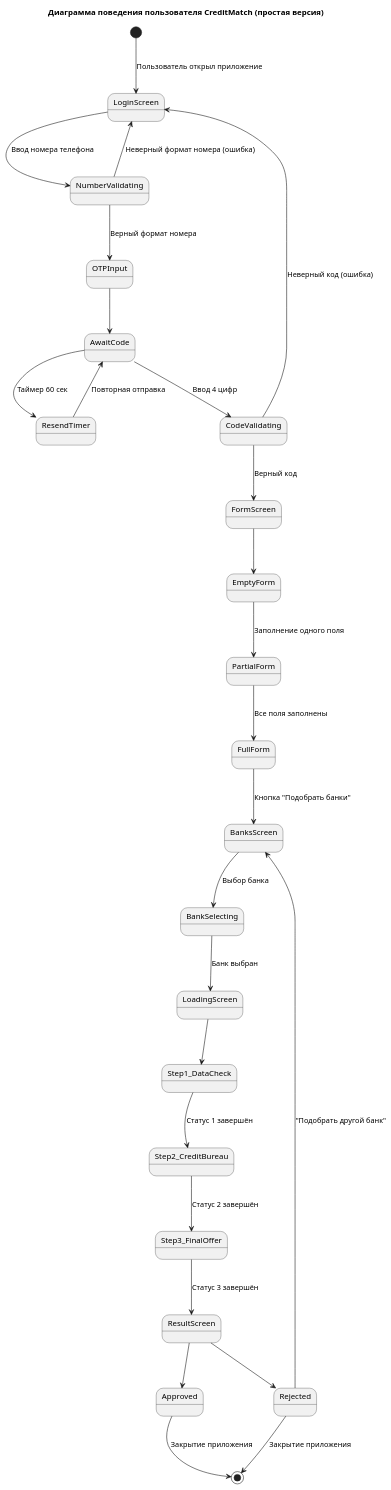
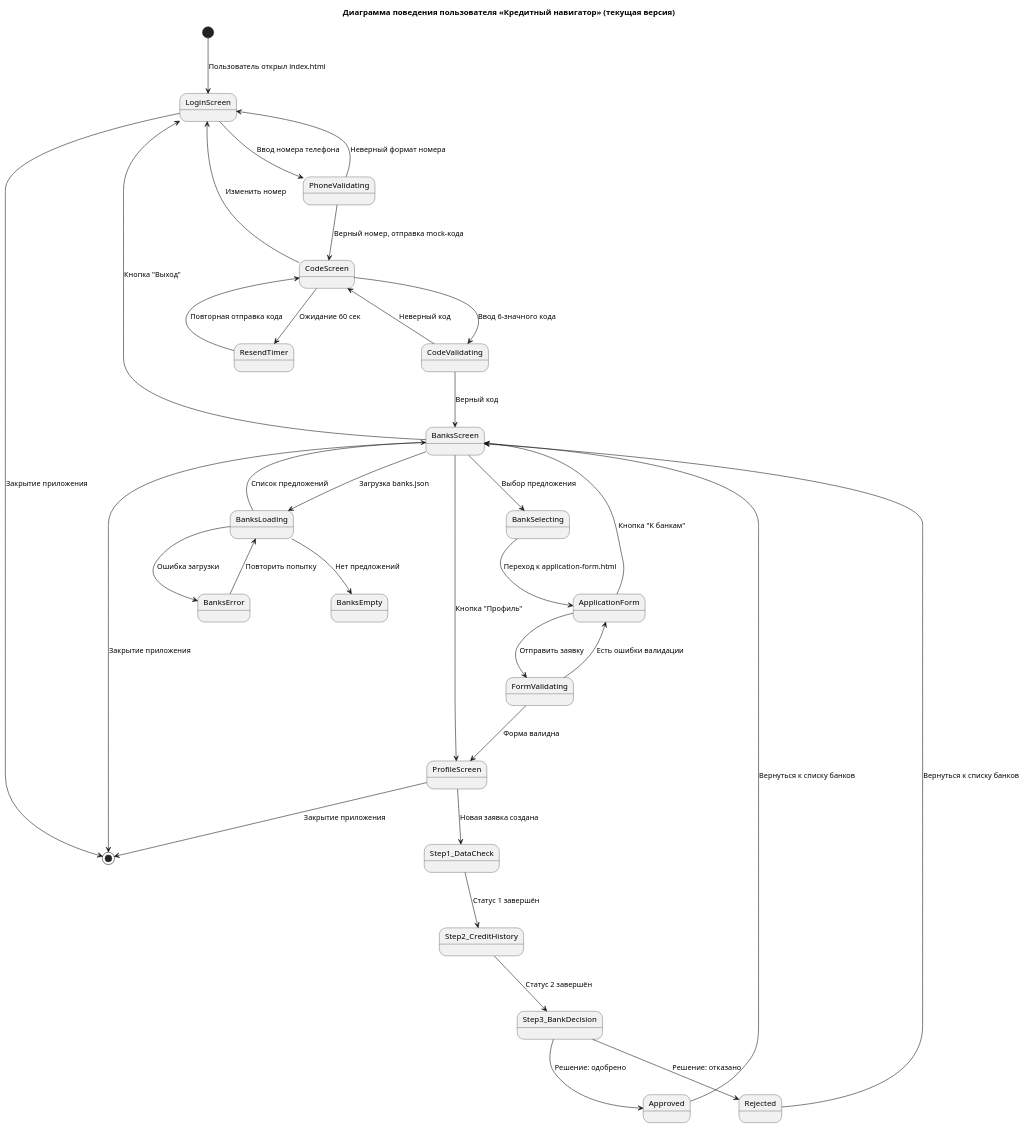
Before and after one commit to DeadlyM0uth/itmo-UX-UI: the diagram in diagrams/UBG.puml, drawn with PlantUML. The commit also changed 4 other files, not shown here.

Commit message:
uml and readme fixes

```diff
--- a/diagrams/UBG.puml
+++ b/diagrams/UBG.puml
@@ -1,46 +1,52 @@
 @startuml
-' Простая диаграмма поведения пользователя (без вложенности)
+' Диаграмма поведения пользователя по текущей реализации
 
 skinparam nodesep 60
 skinparam ranksep 80
 
-[*] --> LoginScreen : Пользователь открыл приложение
+[*] --> LoginScreen : Пользователь открыл index.html
 
-LoginScreen --> NumberValidating : Ввод номера телефона
-NumberValidating --> LoginScreen : Неверный формат номера (ошибка)
-NumberValidating --> OTPInput : Верный формат номера
+LoginScreen --> PhoneValidating : Ввод номера телефона
+PhoneValidating --> LoginScreen : Неверный формат номера
+PhoneValidating --> CodeScreen : Верный номер, отправка mock-кода
 
-OTPInput --> AwaitCode
+CodeScreen --> CodeValidating : Ввод 6-значного кода
+CodeValidating --> CodeScreen : Неверный код
+CodeValidating --> BanksScreen : Верный код
 
-AwaitCode --> CodeValidating : Ввод 4 цифр
-CodeValidating --> LoginScreen : Неверный код (ошибка)
-CodeValidating --> FormScreen : Верный код
+CodeScreen --> ResendTimer : Ожидание 60 сек
+ResendTimer --> CodeScreen : Повторная отправка кода
+CodeScreen --> LoginScreen : Изменить номер
 
-AwaitCode --> ResendTimer : Таймер 60 сек
-ResendTimer --> AwaitCode : Повторная отправка
+BanksScreen --> BanksLoading : Загрузка banks.json
+BanksLoading --> BanksScreen : Список предложений
+BanksLoading --> BanksError : Ошибка загрузки
+BanksError --> BanksLoading : Повторить попытку
+BanksLoading --> BanksEmpty : Нет предложений
 
-FormScreen --> EmptyForm
+BanksScreen --> BankSelecting : Выбор предложения
+BankSelecting --> ApplicationForm : Переход к application-form.html
 
-EmptyForm --> PartialForm : Заполнение одного поля
-PartialForm --> FullForm : Все поля заполнены
-FullForm --> BanksScreen : Кнопка "Подобрать банки"
+BanksScreen --> ProfileScreen : Кнопка "Профиль"
+BanksScreen --> LoginScreen : Кнопка "Выход"
 
-BanksScreen --> BankSelecting : Выбор банка
-BankSelecting --> LoadingScreen : Банк выбран
+ApplicationForm --> FormValidating : Отправить заявку
+FormValidating --> ApplicationForm : Есть ошибки валидации
+FormValidating --> ProfileScreen : Форма валидна
+ApplicationForm --> BanksScreen : Кнопка "К банкам"
 
-LoadingScreen --> Step1_DataCheck
+ProfileScreen --> Step1_DataCheck : Новая заявка создана
+Step1_DataCheck --> Step2_CreditHistory : Статус 1 завершён
+Step2_CreditHistory --> Step3_BankDecision : Статус 2 завершён
+Step3_BankDecision --> Approved : Решение: одобрено
+Step3_BankDecision --> Rejected : Решение: отказано
 
-Step1_DataCheck --> Step2_CreditBureau : Статус 1 завершён
-Step2_CreditBureau --> Step3_FinalOffer : Статус 2 завершён
-Step3_FinalOffer --> ResultScreen : Статус 3 завершён
+Approved --> BanksScreen : Вернуться к списку банков
+Rejected --> BanksScreen : Вернуться к списку банков
 
-ResultScreen --> Rejected
-ResultScreen --> Approved
+LoginScreen --> [*] : Закрытие приложения
+BanksScreen --> [*] : Закрытие приложения
+ProfileScreen --> [*] : Закрытие приложения
 
-Rejected --> BanksScreen : "Подобрать другой банк"
-Rejected --> [*] : Закрытие приложения
-
-Approved --> [*] : Закрытие приложения
-
-title Диаграмма поведения пользователя CreditMatch (простая версия)
+title Диаграмма поведения пользователя «Кредитный навигатор» (текущая версия)
 @enduml
```
